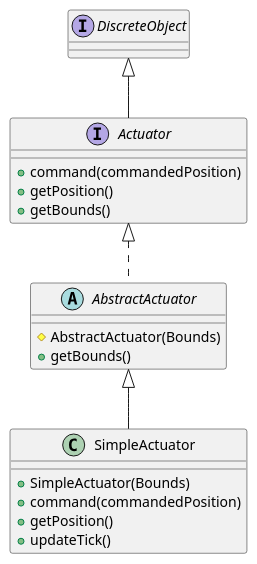
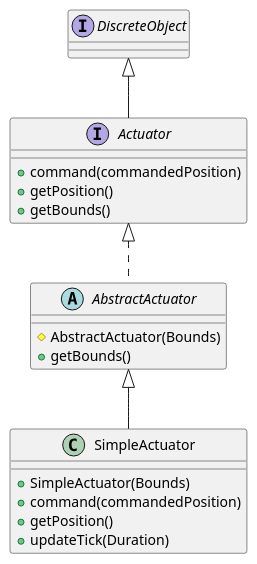
One commit to progetto-oop-22-23/OOP-report changed the diagram in magnani/uml/actuator.puml. Above: the diagram before and after it, drawn with PlantUML. The commit also changed 28 other files, not shown here.

```diff
--- a/magnani/uml/actuator.puml
+++ b/magnani/uml/actuator.puml
@@ -1,23 +1,23 @@
 @startuml actuator
 
 ' left to right direction
 
 interface Actuator extends DiscreteObject {
     + command(commandedPosition)
     + getPosition()
     + getBounds()
 }
 
 abstract AbstractActuator implements Actuator {
     # AbstractActuator(Bounds)
     + getBounds()
 }
 
 class SimpleActuator extends AbstractActuator {
     + SimpleActuator(Bounds)
     + command(commandedPosition)
     + getPosition()
-    + updateTick()
+    + updateTick(Duration)
 }
 
 @enduml
```
